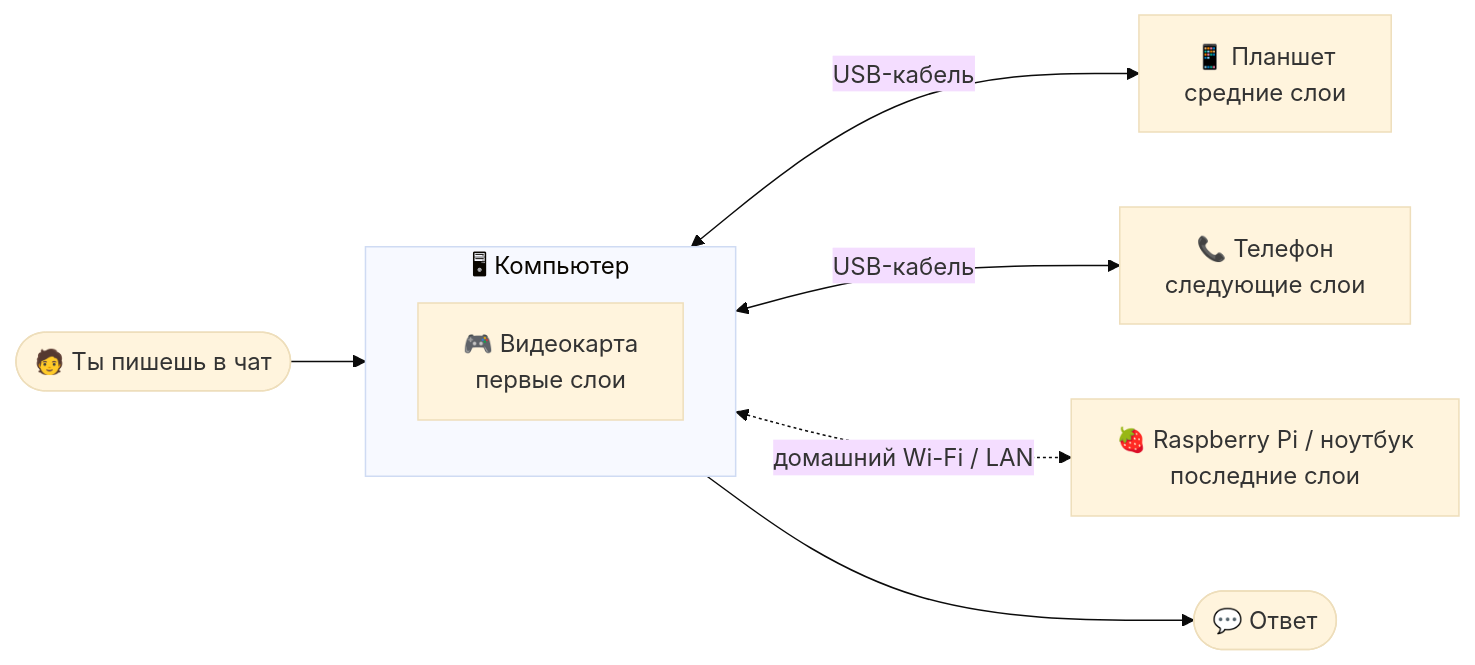
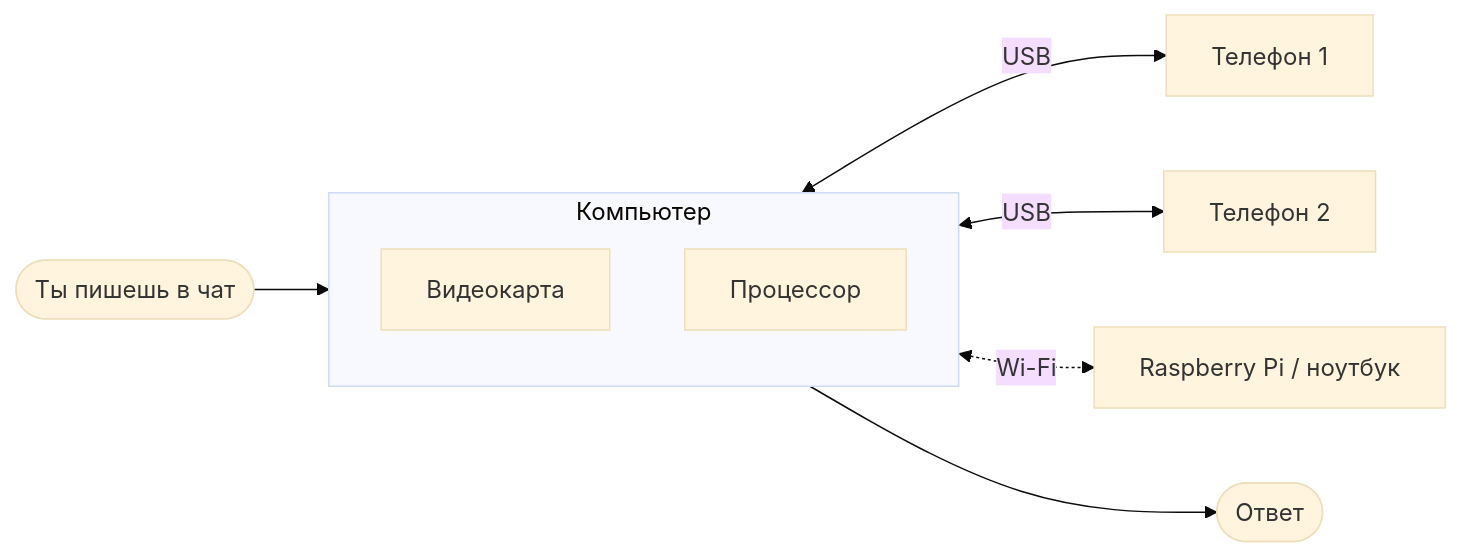
One commit to femboy1488/Project-argus changed the diagram in README.md. Above: the diagram before and after it, drawn with Mermaid (base theme). The commit also changed other lines of this file and 81 other files, not shown here.

Commit message:
0.3.3: MoE, черновик, процессор ПК, роли Голос и Библиотека, чат с телефона, поиск по файлам, очередь, Telegram

````diff
--- a/README.md
+++ b/README.md
@@ -33,11 +28,12 @@
 ```mermaid
 flowchart LR
-    U([🧑 Ты пишешь в чат]) --> PC
-    subgraph PC["🖥 Компьютер"]
-        GPU["🎮 Видеокарта<br/>первые слои"]
+    U([Ты пишешь в чат]) --> PC
+    subgraph PC["Компьютер"]
+        GPU["Видеокарта"]
+        CPU["Процессор"]
     end
-    PC <-->|USB-кабель| TAB["📱 Планшет<br/>средние слои"]
-    PC <-->|USB-кабель| PH["📞 Телефон<br/>следующие слои"]
-    PC <-.->|домашний Wi-Fi / LAN| PI["🍓 Raspberry Pi / ноутбук<br/>последние слои"]
-    PC --> A([💬 Ответ])
+    PC <-->|USB| P1["Телефон 1"]
+    PC <-->|USB| P2["Телефон 2"]
+    PC <-.->|Wi-Fi| P3["Raspberry Pi / ноутбук"]
+    PC --> A([Ответ])
 ```
````
